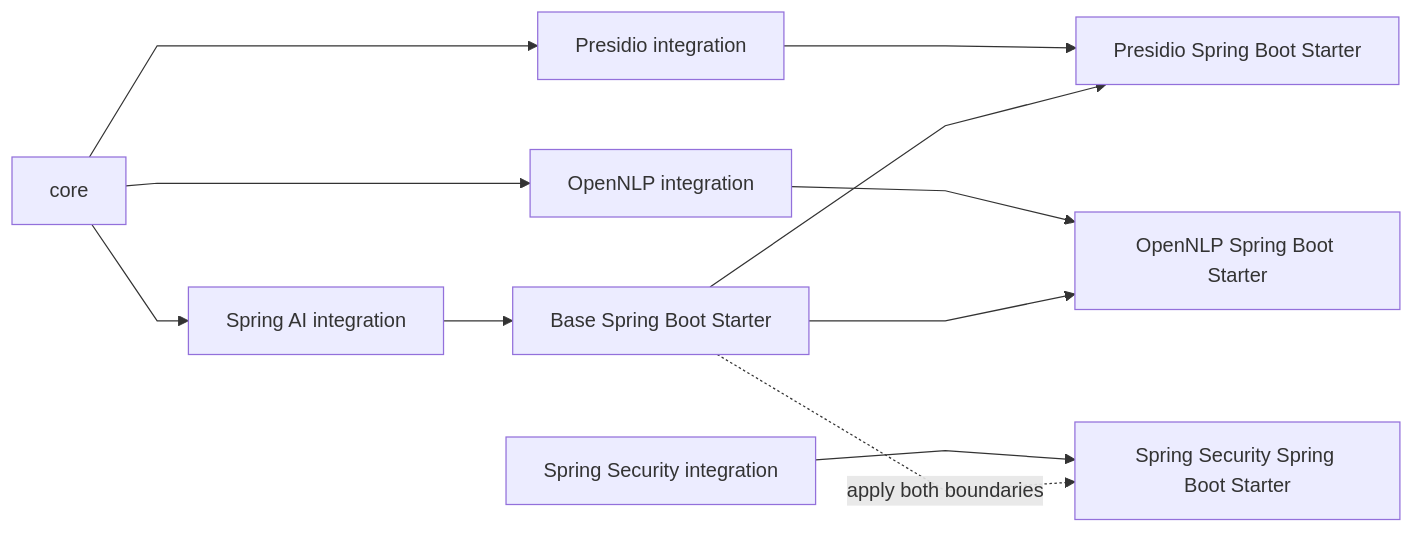
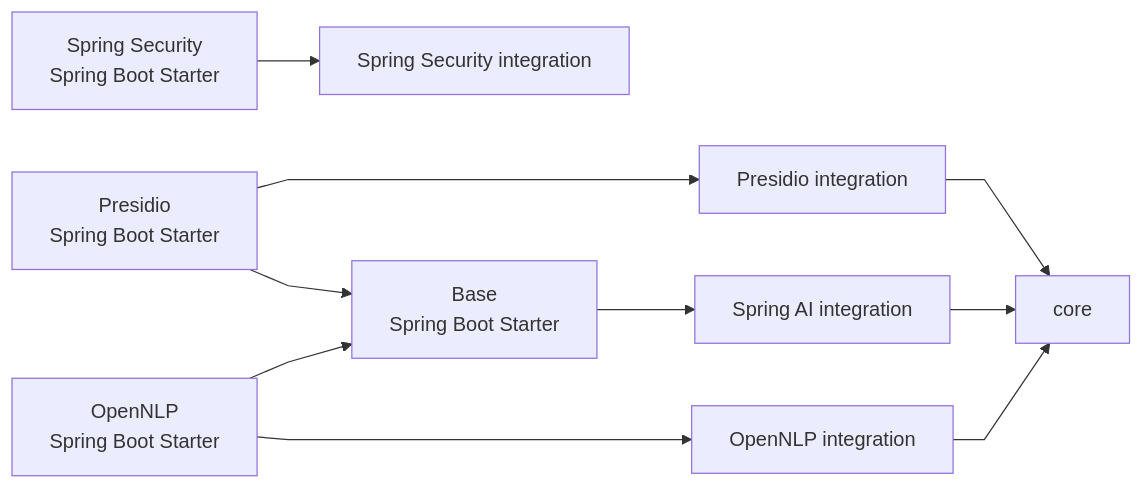
The second of 4 diagrams in docs/architecture.md (ultramancode/spring-ai-privacy-guardrails), drawn with Mermaid before and after one commit. The commit also changed other lines of this file and 61 other files, not shown here.

First line of the commit message:
feat: add Spring Security demo and improve documentation (#44)

````diff
--- a/docs/architecture.md
+++ b/docs/architecture.md
@@ -40,19 +43,18 @@
 ```mermaid
 %%{init: {"flowchart": {"curve": "linear"}}}%%
 flowchart LR
     CORE["core"]
 
-    CORE --> PRES["Presidio integration"]
-    CORE --> SAI["Spring AI integration"]
-    CORE --> OPEN["OpenNLP integration"]
+    PRES["Presidio integration"] --> CORE
+    SAI["Spring AI integration"] --> CORE
+    OPEN["OpenNLP integration"] --> CORE
     SEC["Spring Security integration"]
 
-    PRES --> PRESBOOT["Presidio Spring Boot Starter"]
-    SAI --> BASE["Base Spring Boot Starter"]
-    OPEN --> OPENBOOT["OpenNLP Spring Boot Starter"]
-    SEC --> SECBOOT["Spring Security Spring Boot Starter"]
+    PRESBOOT["Presidio<br/>Spring Boot Starter"] --> PRES
+    BASE["Base<br/>Spring Boot Starter"] --> SAI
+    OPENBOOT["OpenNLP<br/>Spring Boot Starter"] --> OPEN
+    SECBOOT["Spring Security<br/>Spring Boot Starter"] --> SEC
 
-    BASE --> PRESBOOT
-    BASE --> OPENBOOT
-    BASE -. "apply both boundaries" .-> SECBOOT
+    PRESBOOT --> BASE
+    OPENBOOT --> BASE
 ```
````
